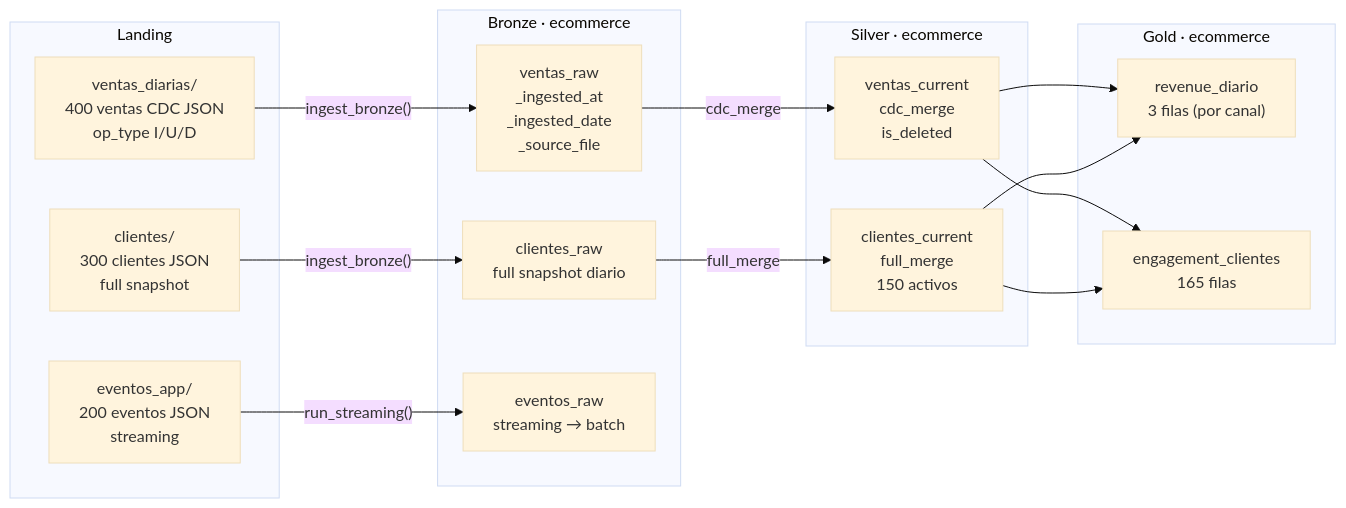
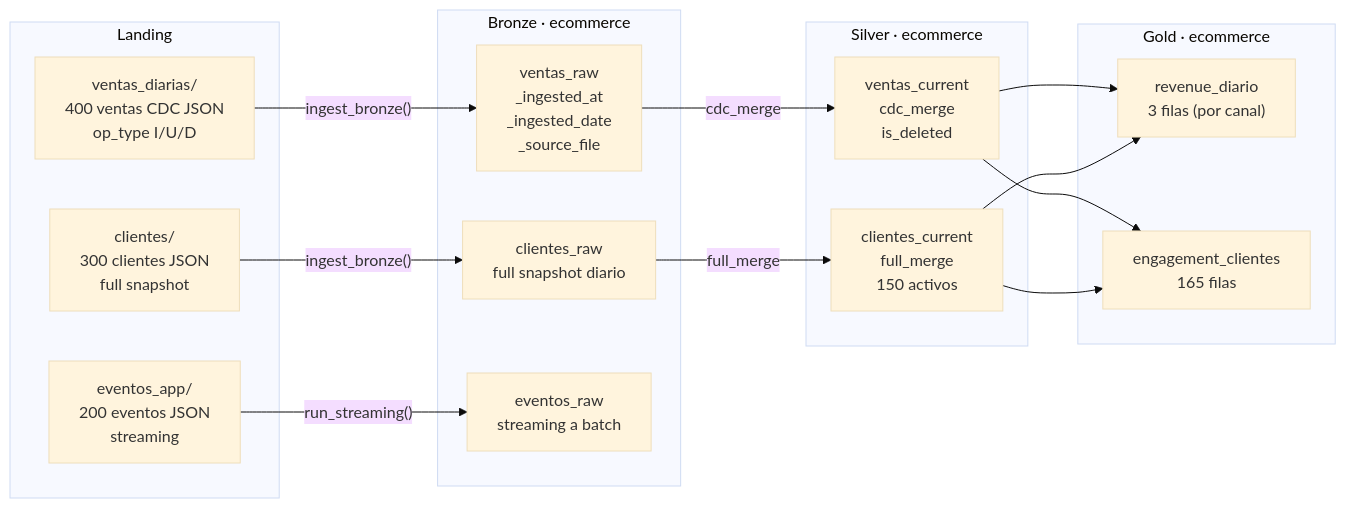
Before and after one commit to brrsanchezfi/DKOps: the diagram in docs/demos/demo_5.md, drawn with Mermaid (base theme). The commit also changed other lines of this file and 48 other files, not shown here.

````diff
--- a/docs/demos/demo_5.md
+++ b/docs/demos/demo_5.md
@@ -15,31 +15,31 @@
 ```mermaid
 flowchart LR
     subgraph landing["Landing"]
         LV["ventas_diarias/\n400 ventas CDC JSON\nop_type I/U/D"]
         LC["clientes/\n300 clientes JSON\nfull snapshot"]
         LE["eventos_app/\n200 eventos JSON\nstreaming"]
     end
 
     subgraph bronze["Bronze · ecommerce"]
         BV["ventas_raw\n_ingested_at\n_ingested_date\n_source_file"]
         BC["clientes_raw\nfull snapshot diario"]
-        BE["eventos_raw\nstreaming → batch"]
+        BE["eventos_raw\nstreaming a batch"]
     end
 
     subgraph silver["Silver · ecommerce"]
         SV["ventas_current\ncdc_merge\nis_deleted"]
         SC["clientes_current\nfull_merge\n150 activos"]
     end
 
     subgraph gold["Gold · ecommerce"]
         G1["revenue_diario\n3 filas (por canal)"]
         G2["engagement_clientes\n165 filas"]
     end
 
     LV -->|"ingest_bronze()"| BV
     LC -->|"ingest_bronze()"| BC
     LE -->|"run_streaming()"| BE
     BV -->|"cdc_merge"| SV
     BC -->|"full_merge"| SC
     SV & SC --> G1 & G2
 ```
````
